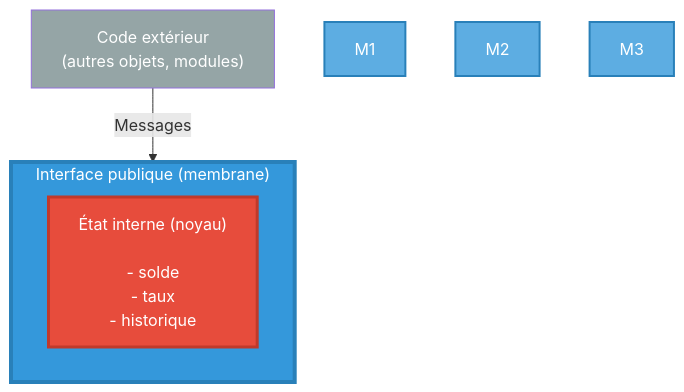
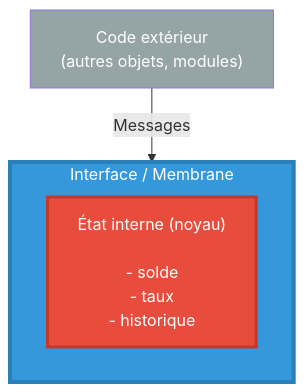
One commit to AlexDmr/l3m-2026-2027-apo changed the first of 2 diagrams in Cours/BasesPOO/pourquoi-des-objets.md. Above: the diagram before and after it, drawn with Mermaid. The commit also changed other lines of this file, not shown here.

Commit message:
update Cours/BasesPOO/pourquoi-des-objets.md from ptf-ens

````diff
--- a/Cours/BasesPOO/pourquoi-des-objets.md
+++ b/Cours/BasesPOO/pourquoi-des-objets.md
@@ -67,18 +67,14 @@
 ```mermaid
 graph TB
     EXT["Code extérieur<br/>(autres objets, modules)"]
     
-    subgraph MEMBRANE["Interface publique (membrane)"]
-        
+    subgraph MEMBRANE["Interface / Membrane"]
         NOYAU["État interne (noyau)<br/><br/>- solde<br/>- taux<br/>- historique"]
     end
     
     EXT -->|"Messages"| MEMBRANE
     
     style MEMBRANE fill:#3498db,stroke:#2980b9,stroke-width:4px,color:#fff
     style NOYAU fill:#e74c3c,stroke:#c0392b,stroke-width:3px,color:#fff
-    style M1 fill:#5dade2,stroke:#2980b9,stroke-width:2px,color:#fff
-    style M2 fill:#5dade2,stroke:#2980b9,stroke-width:2px,color:#fff
-    style M3 fill:#5dade2,stroke:#2980b9,stroke-width:2px,color:#fff
     style EXT fill:#95a5a6,color:#fff
 ```
````
